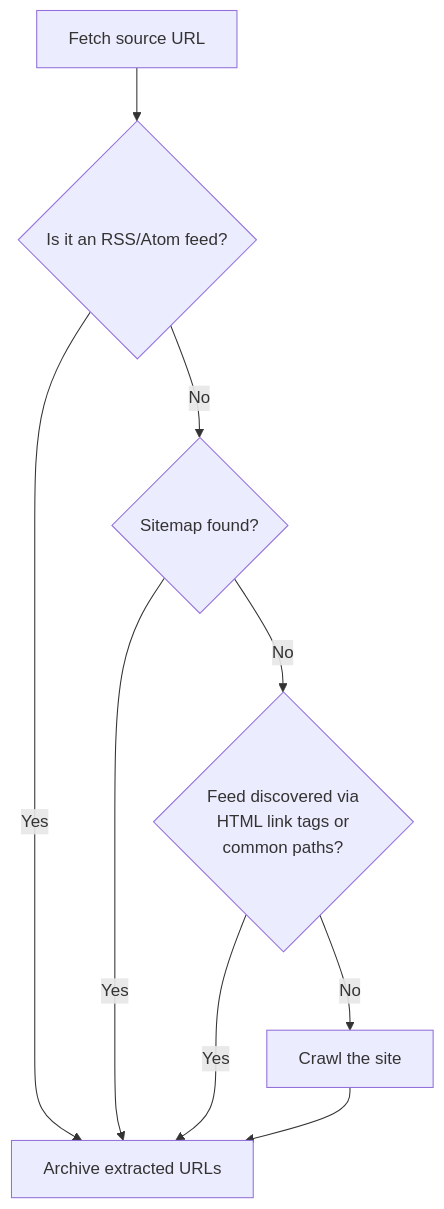
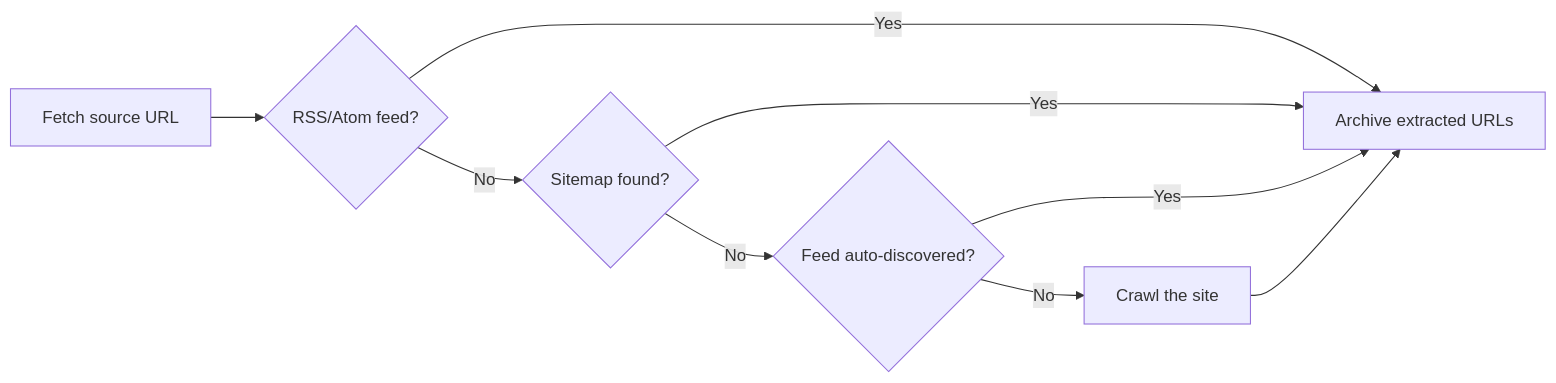
One commit to buren/wayback_archiver changed the diagram in README.md. Above: the diagram before and after it, drawn with Mermaid. The commit also changed other lines of this file, not shown here.

Commit message:
Shorten and horizontally orient README flowchart

````diff
--- a/README.md
+++ b/README.md
@@ -177,11 +177,11 @@
 ```mermaid
-flowchart TD
-    A[Fetch source URL] --> B{Is it an RSS/Atom feed?}
+flowchart LR
+    A[Fetch source URL] --> B{RSS/Atom feed?}
     B -- Yes --> Z[Archive extracted URLs]
     B -- No --> C{Sitemap found?}
     C -- Yes --> Z
-    C -- No --> D{Feed discovered via\nHTML link tags or\ncommon paths?}
+    C -- No --> D{Feed auto-discovered?}
     D -- Yes --> Z
     D -- No --> E[Crawl the site]
     E --> Z
 ```
````
